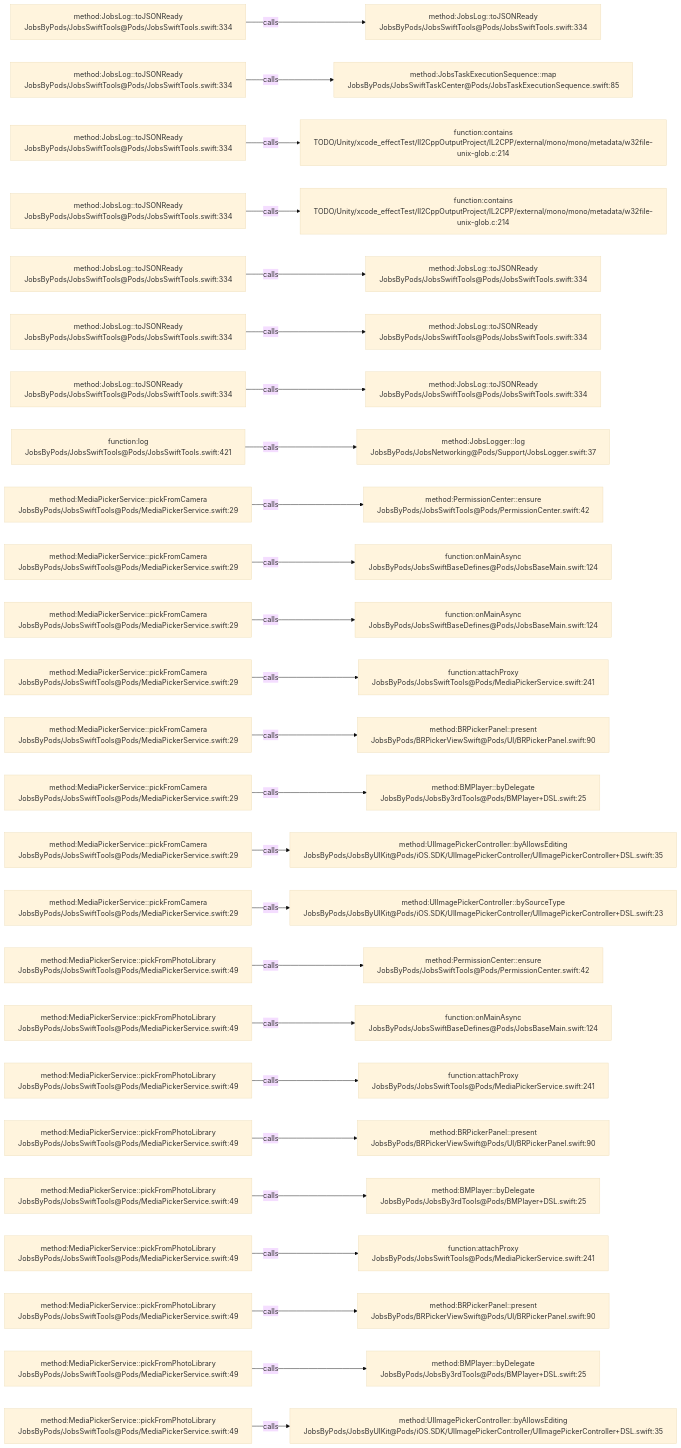
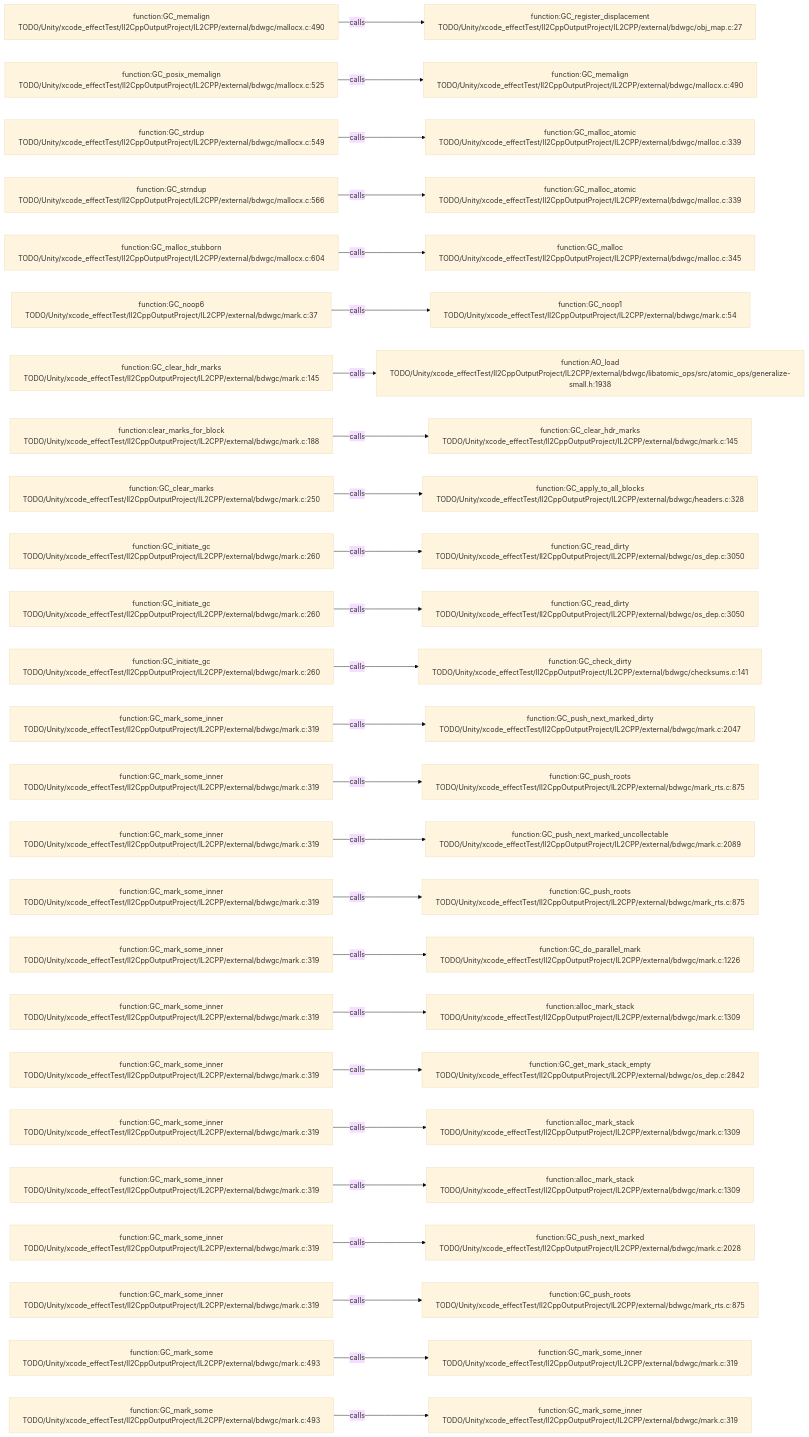
Before and after one commit to JobsKits/JobsSwiftBaseConfigDemo: the diagram in .codegraph/codegraph.md/graphs/calls-196.md, drawn with Mermaid (base theme). The commit also changed 569 other files, not shown here.

````diff
--- a/.codegraph/codegraph.md/graphs/calls-196.md
+++ b/.codegraph/codegraph.md/graphs/calls-196.md
@@ -13,78 +13,78 @@
 ```mermaid
 flowchart LR
-  S1["method:JobsLog::toJSONReady<br/>JobsByPods/JobsSwiftTools@Pods/JobsSwiftTools.swift:334"]
-  T1["method:JobsLog::toJSONReady<br/>JobsByPods/JobsSwiftTools@Pods/JobsSwiftTools.swift:334"]
+  S1["function:GC_memalign<br/>TODO/Unity/xcode_effectTest/Il2CppOutputProject/IL2CPP/external/bdwgc/mallocx.c:490"]
+  T1["function:GC_register_displacement<br/>TODO/Unity/xcode_effectTest/Il2CppOutputProject/IL2CPP/external/bdwgc/obj_map.c:27"]
   S1 -->|calls| T1
-  S2["method:JobsLog::toJSONReady<br/>JobsByPods/JobsSwiftTools@Pods/JobsSwiftTools.swift:334"]
-  T2["method:JobsTaskExecutionSequence::map<br/>JobsByPods/JobsSwiftTaskCenter@Pods/JobsTaskExecutionSequence.swift:85"]
+  S2["function:GC_posix_memalign<br/>TODO/Unity/xcode_effectTest/Il2CppOutputProject/IL2CPP/external/bdwgc/mallocx.c:525"]
+  T2["function:GC_memalign<br/>TODO/Unity/xcode_effectTest/Il2CppOutputProject/IL2CPP/external/bdwgc/mallocx.c:490"]
   S2 -->|calls| T2
-  S3["method:JobsLog::toJSONReady<br/>JobsByPods/JobsSwiftTools@Pods/JobsSwiftTools.swift:334"]
-  T3["function:contains<br/>TODO/Unity/xcode_effectTest/Il2CppOutputProject/IL2CPP/external/mono/mono/metadata/w32file-unix-glob.c:214"]
+  S3["function:GC_strdup<br/>TODO/Unity/xcode_effectTest/Il2CppOutputProject/IL2CPP/external/bdwgc/mallocx.c:549"]
+  T3["function:GC_malloc_atomic<br/>TODO/Unity/xcode_effectTest/Il2CppOutputProject/IL2CPP/external/bdwgc/malloc.c:339"]
   S3 -->|calls| T3
-  S4["method:JobsLog::toJSONReady<br/>JobsByPods/JobsSwiftTools@Pods/JobsSwiftTools.swift:334"]
-  T4["function:contains<br/>TODO/Unity/xcode_effectTest/Il2CppOutputProject/IL2CPP/external/mono/mono/metadata/w32file-unix-glob.c:214"]
+  S4["function:GC_strndup<br/>TODO/Unity/xcode_effectTest/Il2CppOutputProject/IL2CPP/external/bdwgc/mallocx.c:566"]
+  T4["function:GC_malloc_atomic<br/>TODO/Unity/xcode_effectTest/Il2CppOutputProject/IL2CPP/external/bdwgc/malloc.c:339"]
   S4 -->|calls| T4
-  S5["method:JobsLog::toJSONReady<br/>JobsByPods/JobsSwiftTools@Pods/JobsSwiftTools.swift:334"]
-  T5["method:JobsLog::toJSONReady<br/>JobsByPods/JobsSwiftTools@Pods/JobsSwiftTools.swift:334"]
+  S5["function:GC_malloc_stubborn<br/>TODO/Unity/xcode_effectTest/Il2CppOutputProject/IL2CPP/external/bdwgc/mallocx.c:604"]
+  T5["function:GC_malloc<br/>TODO/Unity/xcode_effectTest/Il2CppOutputProject/IL2CPP/external/bdwgc/malloc.c:345"]
   S5 -->|calls| T5
-  S6["method:JobsLog::toJSONReady<br/>JobsByPods/JobsSwiftTools@Pods/JobsSwiftTools.swift:334"]
-  T6["method:JobsLog::toJSONReady<br/>JobsByPods/JobsSwiftTools@Pods/JobsSwiftTools.swift:334"]
+  S6["function:GC_noop6<br/>TODO/Unity/xcode_effectTest/Il2CppOutputProject/IL2CPP/external/bdwgc/mark.c:37"]
+  T6["function:GC_noop1<br/>TODO/Unity/xcode_effectTest/Il2CppOutputProject/IL2CPP/external/bdwgc/mark.c:54"]
   S6 -->|calls| T6
-  S7["method:JobsLog::toJSONReady<br/>JobsByPods/JobsSwiftTools@Pods/JobsSwiftTools.swift:334"]
-  T7["method:JobsLog::toJSONReady<br/>JobsByPods/JobsSwiftTools@Pods/JobsSwiftTools.swift:334"]
+  S7["function:GC_clear_hdr_marks<br/>TODO/Unity/xcode_effectTest/Il2CppOutputProject/IL2CPP/external/bdwgc/mark.c:145"]
+  T7["function:AO_load<br/>TODO/Unity/xcode_effectTest/Il2CppOutputProject/IL2CPP/external/bdwgc/libatomic_ops/src/atomic_ops/generalize-small.h:1938"]
   S7 -->|calls| T7
-  S8["function:log<br/>JobsByPods/JobsSwiftTools@Pods/JobsSwiftTools.swift:421"]
-  T8["method:JobsLogger::log<br/>JobsByPods/JobsNetworking@Pods/Support/JobsLogger.swift:37"]
+  S8["function:clear_marks_for_block<br/>TODO/Unity/xcode_effectTest/Il2CppOutputProject/IL2CPP/external/bdwgc/mark.c:188"]
+  T8["function:GC_clear_hdr_marks<br/>TODO/Unity/xcode_effectTest/Il2CppOutputProject/IL2CPP/external/bdwgc/mark.c:145"]
   S8 -->|calls| T8
-  S9["method:MediaPickerService::pickFromCamera<br/>JobsByPods/JobsSwiftTools@Pods/MediaPickerService.swift:29"]
-  T9["method:PermissionCenter::ensure<br/>JobsByPods/JobsSwiftTools@Pods/PermissionCenter.swift:42"]
+  S9["function:GC_clear_marks<br/>TODO/Unity/xcode_effectTest/Il2CppOutputProject/IL2CPP/external/bdwgc/mark.c:250"]
+  T9["function:GC_apply_to_all_blocks<br/>TODO/Unity/xcode_effectTest/Il2CppOutputProject/IL2CPP/external/bdwgc/headers.c:328"]
   S9 -->|calls| T9
-  S10["method:MediaPickerService::pickFromCamera<br/>JobsByPods/JobsSwiftTools@Pods/MediaPickerService.swift:29"]
-  T10["function:onMainAsync<br/>JobsByPods/JobsSwiftBaseDefines@Pods/JobsBaseMain.swift:124"]
+  S10["function:GC_initiate_gc<br/>TODO/Unity/xcode_effectTest/Il2CppOutputProject/IL2CPP/external/bdwgc/mark.c:260"]
+  T10["function:GC_read_dirty<br/>TODO/Unity/xcode_effectTest/Il2CppOutputProject/IL2CPP/external/bdwgc/os_dep.c:3050"]
   S10 -->|calls| T10
-  S11["method:MediaPickerService::pickFromCamera<br/>JobsByPods/JobsSwiftTools@Pods/MediaPickerService.swift:29"]
-  T11["function:onMainAsync<br/>JobsByPods/JobsSwiftBaseDefines@Pods/JobsBaseMain.swift:124"]
+  S11["function:GC_initiate_gc<br/>TODO/Unity/xcode_effectTest/Il2CppOutputProject/IL2CPP/external/bdwgc/mark.c:260"]
+  T11["function:GC_read_dirty<br/>TODO/Unity/xcode_effectTest/Il2CppOutputProject/IL2CPP/external/bdwgc/os_dep.c:3050"]
   S11 -->|calls| T11
-  S12["method:MediaPickerService::pickFromCamera<br/>JobsByPods/JobsSwiftTools@Pods/MediaPickerService.swift:29"]
-  T12["function:attachProxy<br/>JobsByPods/JobsSwiftTools@Pods/MediaPickerService.swift:241"]
+  S12["function:GC_initiate_gc<br/>TODO/Unity/xcode_effectTest/Il2CppOutputProject/IL2CPP/external/bdwgc/mark.c:260"]
+  T12["function:GC_check_dirty<br/>TODO/Unity/xcode_effectTest/Il2CppOutputProject/IL2CPP/external/bdwgc/checksums.c:141"]
   S12 -->|calls| T12
-  S13["method:MediaPickerService::pickFromCamera<br/>JobsByPods/JobsSwiftTools@Pods/MediaPickerService.swift:29"]
-  T13["method:BRPickerPanel::present<br/>JobsByPods/BRPickerViewSwift@Pods/UI/BRPickerPanel.swift:90"]
+  S13["function:GC_mark_some_inner<br/>TODO/Unity/xcode_effectTest/Il2CppOutputProject/IL2CPP/external/bdwgc/mark.c:319"]
+  T13["function:GC_push_next_marked_dirty<br/>TODO/Unity/xcode_effectTest/Il2CppOutputProject/IL2CPP/external/bdwgc/mark.c:2047"]
   S13 -->|calls| T13
-  S14["method:MediaPickerService::pickFromCamera<br/>JobsByPods/JobsSwiftTools@Pods/MediaPickerService.swift:29"]
-  T14["method:BMPlayer::byDelegate<br/>JobsByPods/JobsBy3rdTools@Pods/BMPlayer+DSL.swift:25"]
+  S14["function:GC_mark_some_inner<br/>TODO/Unity/xcode_effectTest/Il2CppOutputProject/IL2CPP/external/bdwgc/mark.c:319"]
+  T14["function:GC_push_roots<br/>TODO/Unity/xcode_effectTest/Il2CppOutputProject/IL2CPP/external/bdwgc/mark_rts.c:875"]
   S14 -->|calls| T14
-  S15["method:MediaPickerService::pickFromCamera<br/>JobsByPods/JobsSwiftTools@Pods/MediaPickerService.swift:29"]
-  T15["method:UIImagePickerController::byAllowsEditing<br/>JobsByPods/JobsByUIKit@Pods/iOS.SDK/UIImagePickerController/UIImagePickerController+DSL.swift:35"]
+  S15["function:GC_mark_some_inner<br/>TODO/Unity/xcode_effectTest/Il2CppOutputProject/IL2CPP/external/bdwgc/mark.c:319"]
+  T15["function:GC_push_next_marked_uncollectable<br/>TODO/Unity/xcode_effectTest/Il2CppOutputProject/IL2CPP/external/bdwgc/mark.c:2089"]
   S15 -->|calls| T15
-  S16["method:MediaPickerService::pickFromCamera<br/>JobsByPods/JobsSwiftTools@Pods/MediaPickerService.swift:29"]
-  T16["method:UIImagePickerController::bySourceType<br/>JobsByPods/JobsByUIKit@Pods/iOS.SDK/UIImagePickerController/UIImagePickerController+DSL.swift:23"]
+  S16["function:GC_mark_some_inner<br/>TODO/Unity/xcode_effectTest/Il2CppOutputProject/IL2CPP/external/bdwgc/mark.c:319"]
+  T16["function:GC_push_roots<br/>TODO/Unity/xcode_effectTest/Il2CppOutputProject/IL2CPP/external/bdwgc/mark_rts.c:875"]
   S16 -->|calls| T16
-  S17["method:MediaPickerService::pickFromPhotoLibrary<br/>JobsByPods/JobsSwiftTools@Pods/MediaPickerService.swift:49"]
-  T17["method:PermissionCenter::ensure<br/>JobsByPods/JobsSwiftTools@Pods/PermissionCenter.swift:42"]
+  S17["function:GC_mark_some_inner<br/>TODO/Unity/xcode_effectTest/Il2CppOutputProject/IL2CPP/external/bdwgc/mark.c:319"]
+  T17["function:GC_do_parallel_mark<br/>TODO/Unity/xcode_effectTest/Il2CppOutputProject/IL2CPP/external/bdwgc/mark.c:1226"]
   S17 -->|calls| T17
-  S18["method:MediaPickerService::pickFromPhotoLibrary<br/>JobsByPods/JobsSwiftTools@Pods/MediaPickerService.swift:49"]
-  T18["function:onMainAsync<br/>JobsByPods/JobsSwiftBaseDefines@Pods/JobsBaseMain.swift:124"]
+  S18["function:GC_mark_some_inner<br/>TODO/Unity/xcode_effectTest/Il2CppOutputProject/IL2CPP/external/bdwgc/mark.c:319"]
+  T18["function:alloc_mark_stack<br/>TODO/Unity/xcode_effectTest/Il2CppOutputProject/IL2CPP/external/bdwgc/mark.c:1309"]
   S18 -->|calls| T18
-  S19["method:MediaPickerService::pickFromPhotoLibrary<br/>JobsByPods/JobsSwiftTools@Pods/MediaPickerService.swift:49"]
-  T19["function:attachProxy<br/>JobsByPods/JobsSwiftTools@Pods/MediaPickerService.swift:241"]
+  S19["function:GC_mark_some_inner<br/>TODO/Unity/xcode_effectTest/Il2CppOutputProject/IL2CPP/external/bdwgc/mark.c:319"]
+  T19["function:GC_get_mark_stack_empty<br/>TODO/Unity/xcode_effectTest/Il2CppOutputProject/IL2CPP/external/bdwgc/os_dep.c:2842"]
   S19 -->|calls| T19
-  S20["method:MediaPickerService::pickFromPhotoLibrary<br/>JobsByPods/JobsSwiftTools@Pods/MediaPickerService.swift:49"]
-  T20["method:BRPickerPanel::present<br/>JobsByPods/BRPickerViewSwift@Pods/UI/BRPickerPanel.swift:90"]
+  S20["function:GC_mark_some_inner<br/>TODO/Unity/xcode_effectTest/Il2CppOutputProject/IL2CPP/external/bdwgc/mark.c:319"]
+  T20["function:alloc_mark_stack<br/>TODO/Unity/xcode_effectTest/Il2CppOutputProject/IL2CPP/external/bdwgc/mark.c:1309"]
   S20 -->|calls| T20
-  S21["method:MediaPickerService::pickFromPhotoLibrary<br/>JobsByPods/JobsSwiftTools@Pods/MediaPickerService.swift:49"]
-  T21["method:BMPlayer::byDelegate<br/>JobsByPods/JobsBy3rdTools@Pods/BMPlayer+DSL.swift:25"]
+  S21["function:GC_mark_some_inner<br/>TODO/Unity/xcode_effectTest/Il2CppOutputProject/IL2CPP/external/bdwgc/mark.c:319"]
+  T21["function:alloc_mark_stack<br/>TODO/Unity/xcode_effectTest/Il2CppOutputProject/IL2CPP/external/bdwgc/mark.c:1309"]
   S21 -->|calls| T21
-  S22["method:MediaPickerService::pickFromPhotoLibrary<br/>JobsByPods/JobsSwiftTools@Pods/MediaPickerService.swift:49"]
-  T22["function:attachProxy<br/>JobsByPods/JobsSwiftTools@Pods/MediaPickerService.swift:241"]
+  S22["function:GC_mark_some_inner<br/>TODO/Unity/xcode_effectTest/Il2CppOutputProject/IL2CPP/external/bdwgc/mark.c:319"]
+  T22["function:GC_push_next_marked<br/>TODO/Unity/xcode_effectTest/Il2CppOutputProject/IL2CPP/external/bdwgc/mark.c:2028"]
   S22 -->|calls| T22
-  S23["method:MediaPickerService::pickFromPhotoLibrary<br/>JobsByPods/JobsSwiftTools@Pods/MediaPickerService.swift:49"]
-  T23["method:BRPickerPanel::present<br/>JobsByPods/BRPickerViewSwift@Pods/UI/BRPickerPanel.swift:90"]
+  S23["function:GC_mark_some_inner<br/>TODO/Unity/xcode_effectTest/Il2CppOutputProject/IL2CPP/external/bdwgc/mark.c:319"]
+  T23["function:GC_push_roots<br/>TODO/Unity/xcode_effectTest/Il2CppOutputProject/IL2CPP/external/bdwgc/mark_rts.c:875"]
   S23 -->|calls| T23
-  S24["method:MediaPickerService::pickFromPhotoLibrary<br/>JobsByPods/JobsSwiftTools@Pods/MediaPickerService.swift:49"]
-  T24["method:BMPlayer::byDelegate<br/>JobsByPods/JobsBy3rdTools@Pods/BMPlayer+DSL.swift:25"]
+  S24["function:GC_mark_some<br/>TODO/Unity/xcode_effectTest/Il2CppOutputProject/IL2CPP/external/bdwgc/mark.c:493"]
+  T24["function:GC_mark_some_inner<br/>TODO/Unity/xcode_effectTest/Il2CppOutputProject/IL2CPP/external/bdwgc/mark.c:319"]
   S24 -->|calls| T24
-  S25["method:MediaPickerService::pickFromPhotoLibrary<br/>JobsByPods/JobsSwiftTools@Pods/MediaPickerService.swift:49"]
-  T25["method:UIImagePickerController::byAllowsEditing<br/>JobsByPods/JobsByUIKit@Pods/iOS.SDK/UIImagePickerController/UIImagePickerController+DSL.swift:35"]
+  S25["function:GC_mark_some<br/>TODO/Unity/xcode_effectTest/Il2CppOutputProject/IL2CPP/external/bdwgc/mark.c:493"]
+  T25["function:GC_mark_some_inner<br/>TODO/Unity/xcode_effectTest/Il2CppOutputProject/IL2CPP/external/bdwgc/mark.c:319"]
   S25 -->|calls| T25
 ```
````
